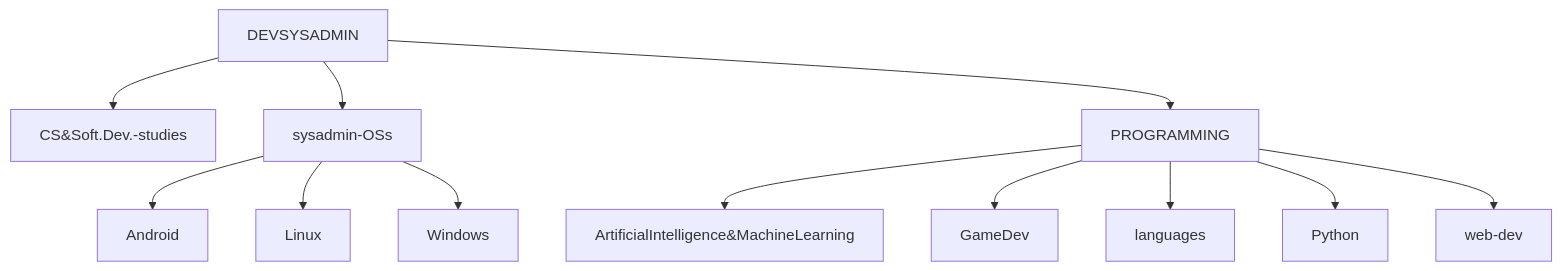
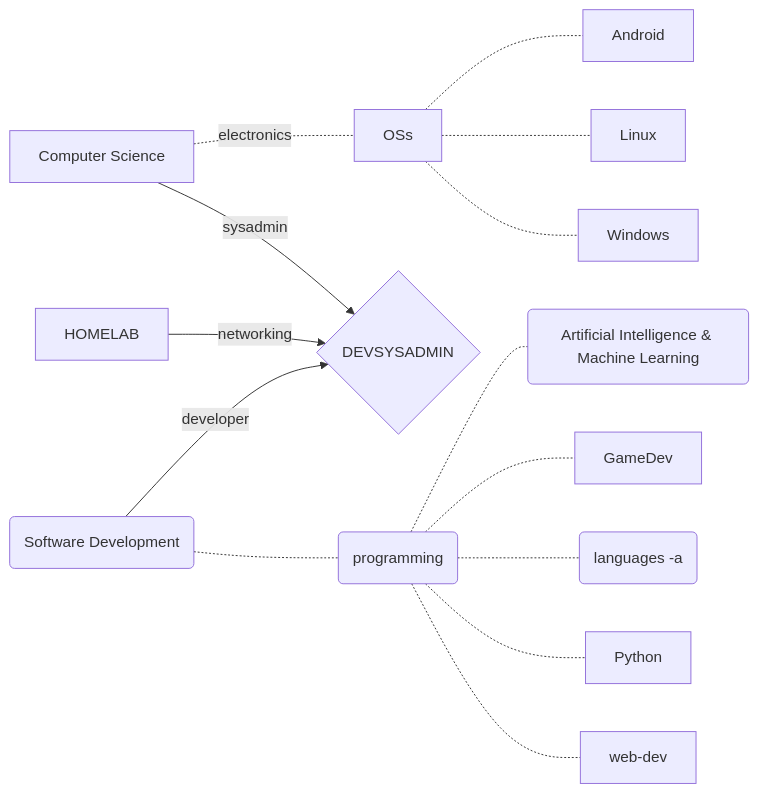
One commit to pabloqpacin/SLIT changed the third of 3 diagrams in test/rows.md. Above: the diagram before and after it, drawn with Mermaid. The commit also changed other lines of this file, not shown here.

````diff
--- a/test/rows.md
+++ b/test/rows.md
@@ -191,14 +212,21 @@
 ```mermaid
-graph TD;
-    DEVSYSADMIN-->CS&Soft.Dev.-studies;
-    DEVSYSADMIN-->sysadmin-OSs;
-    sysadmin-OSs-->Android;
-    sysadmin-OSs-->Linux;
-    sysadmin-OSs-->Windows;
-    DEVSYSADMIN-->PROGRAMMING;
-    PROGRAMMING-->ArtificialIntelligence&MachineLearning;
-    PROGRAMMING-->GameDev;
-    PROGRAMMING-->languages;
-    PROGRAMMING-->Python;
-    PROGRAMMING-->web-dev;
+graph LR;
+
+CS[Computer Science]
+
+CS .- |electronics| OSs
+OSs .- Android
+OSs .- Linux
+OSs .- Windows
+
+CS --> |sysadmin| D
+HOMELAB --> |networking| D
+SD(Software Development) --> |developer| D
+SD .- P(programming)
+D{DEVSYSADMIN}
+P .- AIML(Artificial Intelligence & Machine Learning)
+P .- GameDev
+P .- L(languages -a)
+P .- Python
+P .- web-dev
 ```
````
